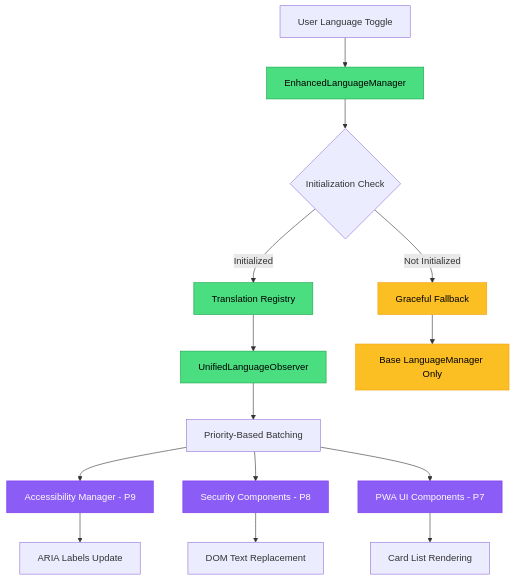
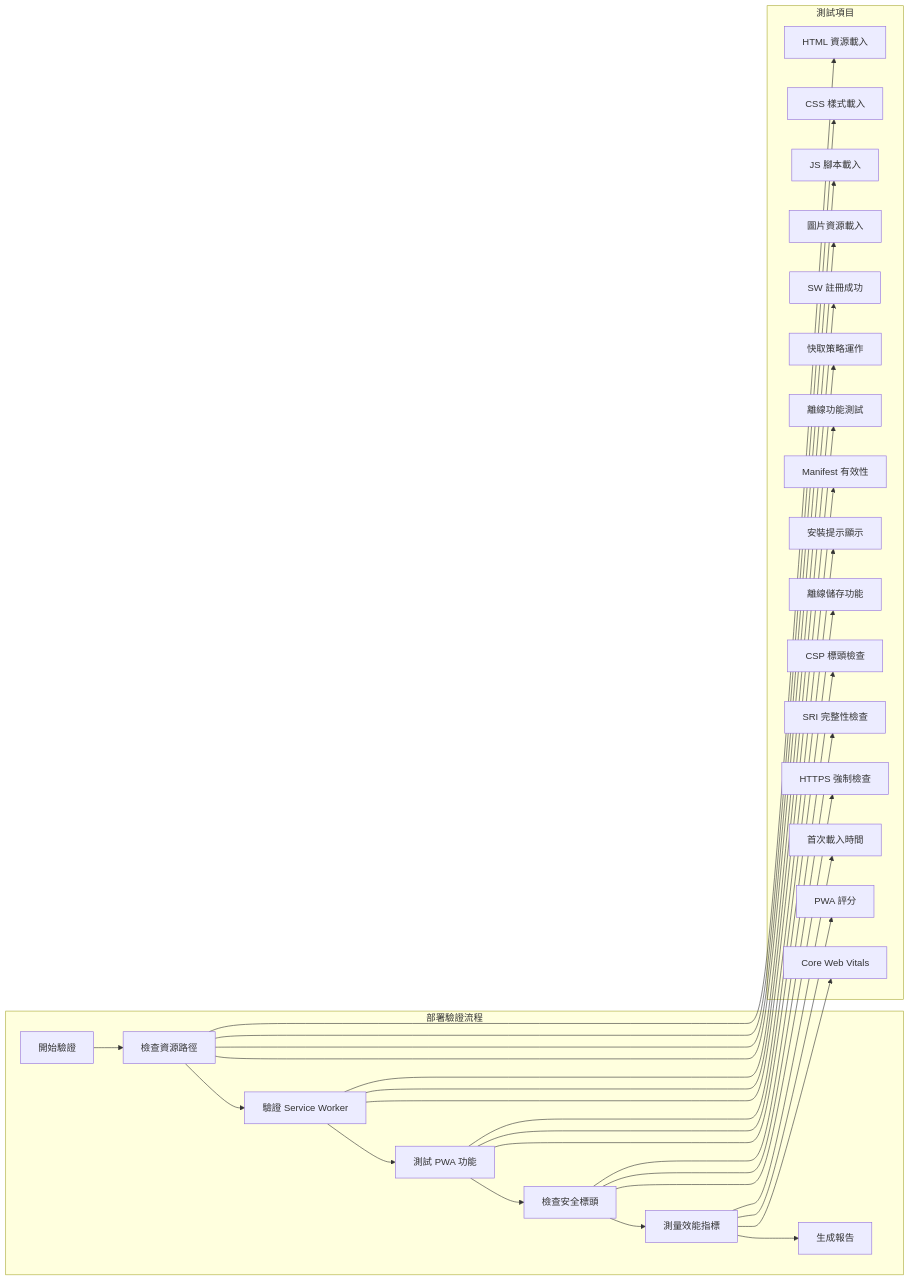
Before and after one commit to iim0663418/DB-Card: the fourth of 4 diagrams in docs/design.md, drawn with Mermaid. The commit also changed other lines of this file and 319 other files, not shown here.

````diff
--- a/docs/design.md
+++ b/docs/design.md
@@ -1410,27 +1189,55 @@
 ```mermaid
-graph TD
-    A[User Language Toggle] --> B[EnhancedLanguageManager]
-    B --> C{Initialization Check}
-    C -->|Initialized| D[Translation Registry]
-    C -->|Not Initialized| E[Graceful Fallback]
+graph LR
+    subgraph "部署驗證流程"
+        A[開始驗證] --> B[檢查資源路徑]
+        B --> C[驗證 Service Worker]
+        C --> D[測試 PWA 功能]
+        D --> E[檢查安全標頭]
+        E --> F[測量效能指標]
+        F --> G[生成報告]
+    end
     
-    D --> F[UnifiedLanguageObserver]
-    F --> G[Priority-Based Batching]
-    G --> H[Accessibility Manager - P9]
-    G --> I[Security Components - P8]
-    G --> J[PWA UI Components - P7]
+    subgraph "測試項目"
+        B1[HTML 資源載入]
+        B2[CSS 樣式載入]
+        B3[JS 腳本載入]
+        B4[圖片資源載入]
+        
+        C1[SW 註冊成功]
+        C2[快取策略運作]
+        C3[離線功能測試]
+        
+        D1[Manifest 有效性]
+        D2[安裝提示顯示]
+        D3[離線儲存功能]
+        
+        E1[CSP 標頭檢查]
+        E2[SRI 完整性檢查]
+        E3[HTTPS 強制檢查]
+        
+        F1[首次載入時間]
+        F2[PWA 評分]
+        F3[Core Web Vitals]
+    end
     
-    H --> K[ARIA Labels Update]
-    I --> L[DOM Text Replacement]
-    J --> M[Card List Rendering]
+    B --> B1
+    B --> B2
+    B --> B3
+    B --> B4
     
-    E --> N[Base LanguageManager Only]
+    C --> C1
+    C --> C2
+    C --> C3
     
-    classDef implemented fill:#4ade80,stroke:#16a34a,color:#000
-    classDef fallback fill:#fbbf24,stroke:#f59e0b,color:#000
-    classDef priority fill:#8b5cf6,stroke:#7c3aed,color:#fff
+    D --> D1
+    D --> D2
+    D --> D3
     
-    class B,D,F implemented
-    class E,N fallback
-    class H,I,J priority
+    E --> E1
+    E --> E2
+    E --> E3
+    
+    F --> F1
+    F --> F2
+    F --> F3
 ```
````
